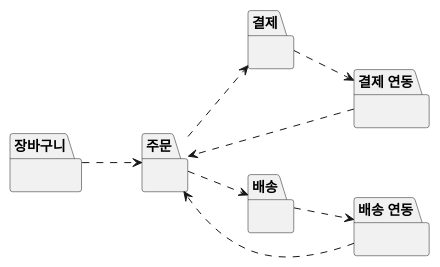
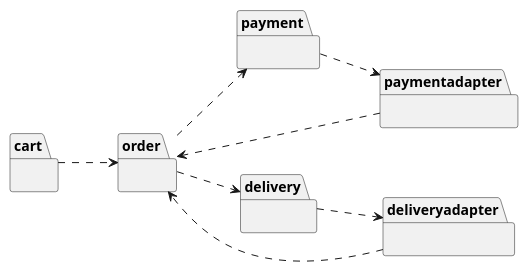
One commit to YoungSan77/TrainingMaterials changed the fifth of 12 diagrams in courses/ooad/sessions/s05.md. Above: the diagram before and after it, drawn with PlantUML. The commit also changed other lines of this file and 69 other files, not shown here.

````diff
--- a/courses/ooad/sessions/s05.md
+++ b/courses/ooad/sessions/s05.md
@@ -514,25 +540,25 @@
 ```plantuml:package
 @startuml
 hide empty members
 left to right direction
-package "장바구니" as K {
+package "cart" as K {
 }
-package "주문" as O {
+package "order" as O {
 }
-package "결제" as P {
+package "payment" as P {
 }
-package "배송" as D {
+package "delivery" as D {
 }
-package "결제 연동" as PA {
+package "paymentadapter" as PA {
 }
-package "배송 연동" as DA {
+package "deliveryadapter" as DA {
 }
 K ..> O
 O ..> P
 O ..> D
 P ..> PA
 D ..> DA
 PA ..> O
 DA ..> O
 @enduml
 ```
````
